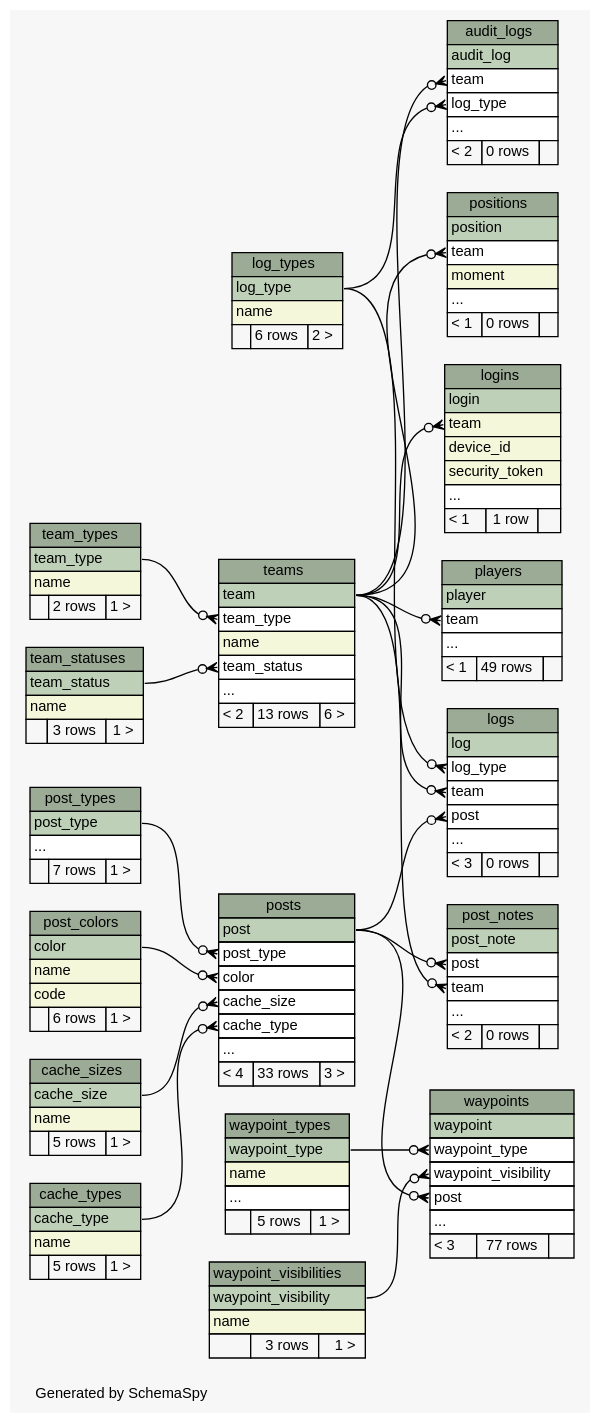
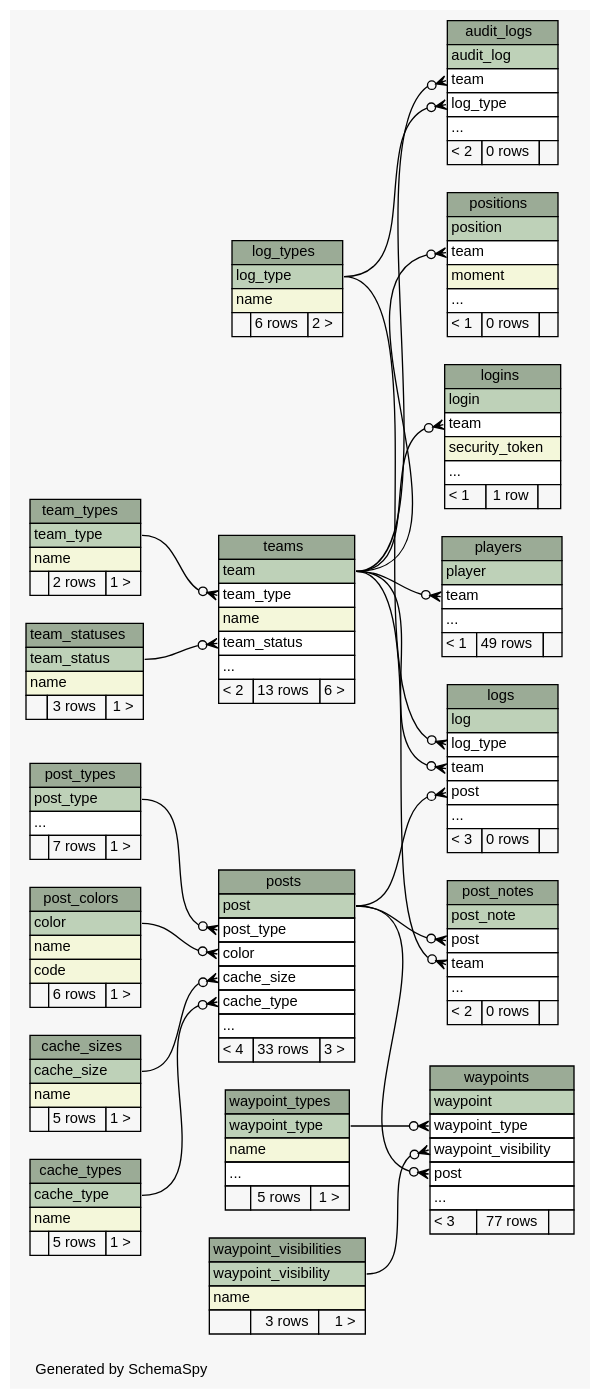
One commit to xmarwin/brazda changed the diagram in Brazda/doc/db/diagrams/summary/relationships.real.compact.dot. Above: the diagram before and after it, drawn with Graphviz. The commit also changed 72 other files, not shown here.

```diff
--- a/Brazda/doc/db/diagrams/summary/relationships.real.compact.dot
+++ b/Brazda/doc/db/diagrams/summary/relationships.real.compact.dot
@@ -1,4 +1,4 @@
-// dot 2.40.1 on Linux 4.11.5-gentoo
+// dot 2.40.1 on Linux 4.12.8-gentoo
 // SchemaSpy rev 590
 digraph "compactRelationshipsDiagram" {
   graph [
@@ -70,8 +70,7 @@
     <TABLE BORDER="0" CELLBORDER="1" CELLSPACING="0" BGCOLOR="#ffffff">
       <TR><TD COLSPAN="3" BGCOLOR="#9bab96" ALIGN="CENTER">logins</TD></TR>
       <TR><TD PORT="login" COLSPAN="3" BGCOLOR="#bed1b8" ALIGN="LEFT">login</TD></TR>
-      <TR><TD PORT="team" COLSPAN="3" BGCOLOR="#f4f7da" ALIGN="LEFT">team</TD></TR>
-      <TR><TD PORT="device_id" COLSPAN="3" BGCOLOR="#f4f7da" ALIGN="LEFT">device_id</TD></TR>
+      <TR><TD PORT="team" COLSPAN="3" ALIGN="LEFT">team</TD></TR>
       <TR><TD PORT="security_token" COLSPAN="3" BGCOLOR="#f4f7da" ALIGN="LEFT">security_token</TD></TR>
       <TR><TD PORT="elipses" COLSPAN="3" ALIGN="LEFT">...</TD></TR>
       <TR><TD ALIGN="LEFT" BGCOLOR="#f7f7f7">&lt; 1</TD><TD ALIGN="RIGHT" BGCOLOR="#f7f7f7">1 row</TD><TD ALIGN="RIGHT" BGCOLOR="#f7f7f7">  </TD></TR>
```
